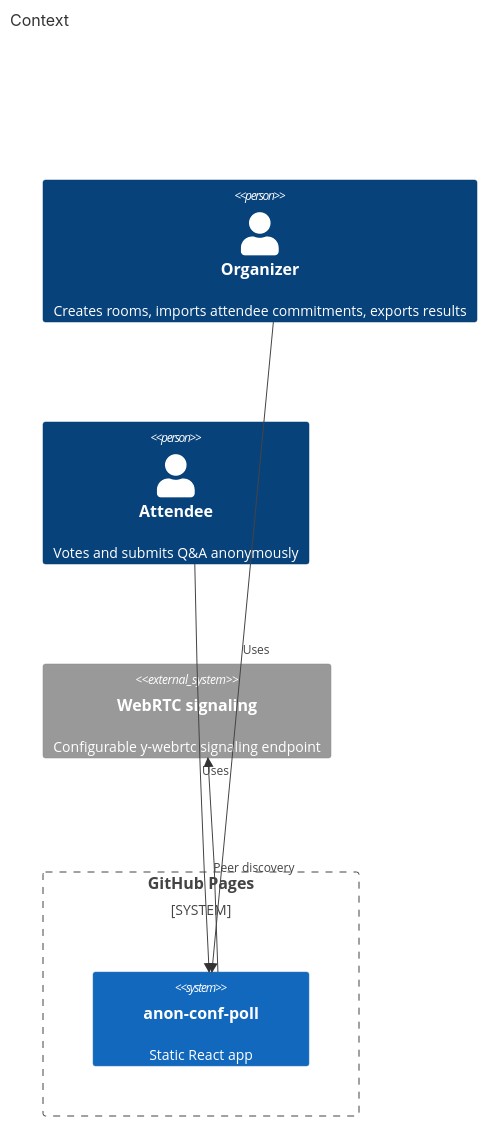
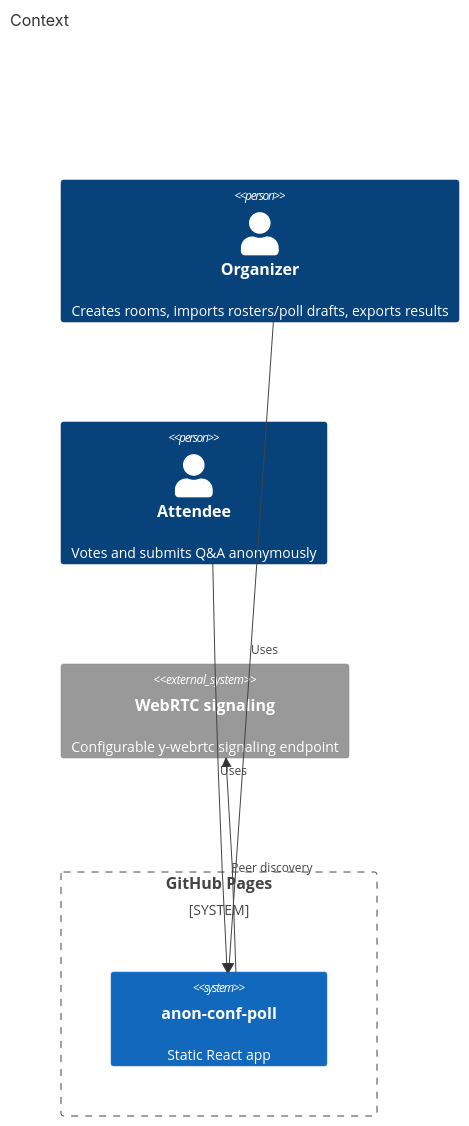
Before and after one commit to baditaflorin/anon-conf-poll: the first of 2 diagrams in docs/architecture.md, drawn with Mermaid. The commit also changed 8 other files, not shown here.

````diff
--- a/docs/architecture.md
+++ b/docs/architecture.md
@@ -7,13 +7,13 @@
 ```mermaid
 C4Context
     title Context
-    Person(organizer, "Organizer", "Creates rooms, imports attendee commitments, exports results")
+    Person(organizer, "Organizer", "Creates rooms, imports rosters/poll drafts, exports results")
     Person(attendee, "Attendee", "Votes and submits Q&A anonymously")
     System_Boundary(pages, "GitHub Pages") {
       System(app, "anon-conf-poll", "Static React app")
     }
     System_Ext(signaling, "WebRTC signaling", "Configurable y-webrtc signaling endpoint")
     Rel(organizer, app, "Uses")
     Rel(attendee, app, "Uses")
     Rel(app, signaling, "Peer discovery")
 ```
````
